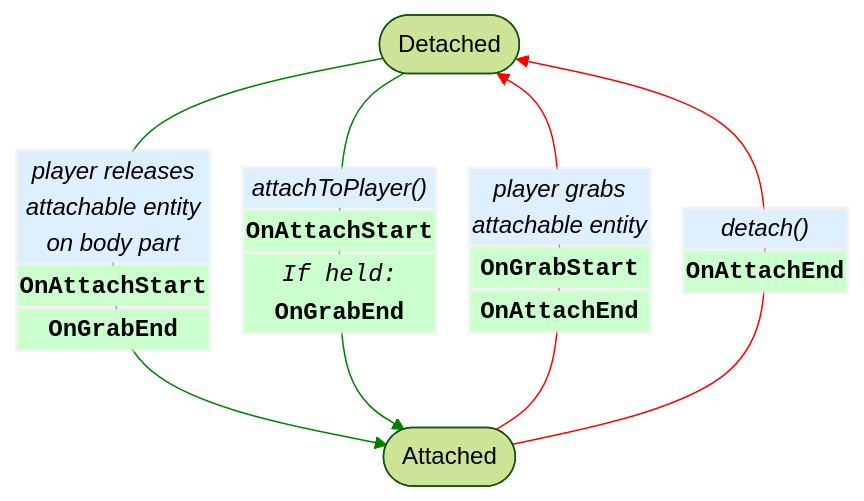
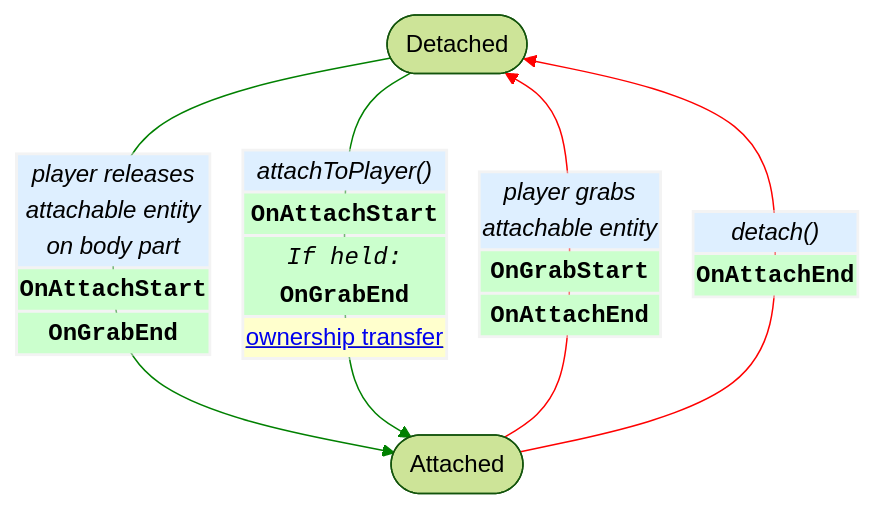
One commit to MHCPCreators/horizonCreatorManual changed diagram 11 of 11 in HorizonTechnicalDoc.md. Above: the diagram before and after it, drawn with Mermaid (forest theme). The commit also changed other lines of this file and 2 other files, not shown here.

````diff
--- a/HorizonTechnicalDoc.md
+++ b/HorizonTechnicalDoc.md
@@ -4663,16 +4687,16 @@
 ```mermaid {align="center"}
 flowchart TD
   detach([Detached])
   attach([Attached])
 
   detach -- <table style="margin:0;overflow: visible"><tr><td style="background-color:#deefff"><i>player releases<br/>attachable entity<br/>on body part</i></td></tr><tr><td style="background-color:#cbffcd"><code style="background-color:#0000"><b>OnAttachStart</b></code></td></tr><tr><td style="background-color:#cbffcd"><code style="background-color: #0000"><b>OnGrabEnd</b></code></td></tr></table> ---> attach
 
-  detach -- <table style="margin:0;overflow: visible"><tr><td style="background-color:#deefff"><i>attachToPlayer()</i></td></tr><tr><td style="background-color:#cbffcd"><code style="background-color:#0000"><b>OnAttachStart</b></code></td></tr><tr><td style="background-color:#cbffcd"><code style="background-color:#0000"><I>If held:</I><br/> <b>OnGrabEnd</b></code></td></tr></table> ---> attach
+  detach -- <table style="margin:0;overflow: visible"><tr><td style="background-color:#deefff"><i>attachToPlayer()</i></td></tr><tr><td style="background-color:#cbffcd"><code style="background-color:#0000"><b>OnAttachStart</b></code></td></tr><tr><td style="background-color:#cbffcd"><code style="background-color:#0000"><I>If held:</I><br/> <b>OnGrabEnd</b></code></td></tr><tr><td style="background-color:#ffffcd"><u><a href="#automatic-ownership-transfers">ownership transfer</a></u></td></tr></table> ---> attach
 
   attach -- <table style="margin:0;overflow: visible"><tr><td style="background-color:#deefff"><i>player grabs <br/>attachable entity</i></td></tr><tr><td style="background-color:#cbffcd"><code style="background-color:#0000"><b>OnGrabStart</b></code></td></tr><tr><td style="background-color:#cbffcd"><code style="background-color:#0000"><b>OnAttachEnd</b></code></td></tr></table> --> detach
 
   attach -- <table style="margin:0;overflow: visible"><tr><td style="background-color:#deefff"><i>detach()</i></td></tr><tr><td style="background-color:#cbffcd"><code style="background-color:#0000"><b>OnAttachEnd</b></code></td></tr></table> --> detach
 
    linkStyle 0,1 stroke:green,stroke-width:1px;
     linkStyle 2,3 stroke:red,stroke-width:1px;
 ```
````
